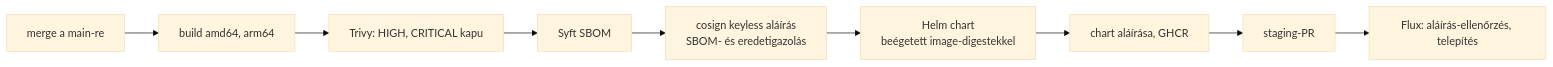
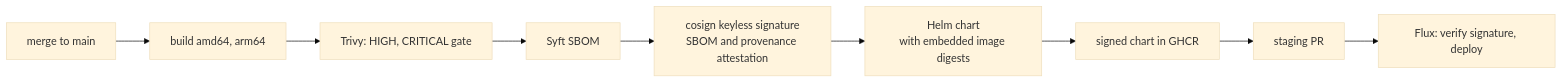
Before and after one commit to ISlothI/open-notebook: the second of 2 diagrams in docs/project-plan.md, drawn with Mermaid (base theme). The commit also changed other lines of this file, not shown here.

````diff
--- a/docs/project-plan.md
+++ b/docs/project-plan.md
@@ -246,11 +249,11 @@
 ```mermaid
 flowchart LR
-  M[merge a main-re] --> B[build amd64, arm64]
-  B --> S[Trivy: HIGH, CRITICAL kapu]
+  M[merge to main] --> B[build amd64, arm64]
+  B --> S[Trivy: HIGH, CRITICAL gate]
   S --> I[Syft SBOM]
-  I --> C[cosign keyless aláírás<br/>SBOM- és eredetigazolás]
-  C --> H[Helm chart<br/>beégetett image-digestekkel]
-  H --> HS[chart aláírása, GHCR]
-  HS --> PR[staging-PR]
-  PR --> F[Flux: aláírás-ellenőrzés, telepítés]
+  I --> C[cosign keyless signature<br/>SBOM and provenance attestation]
+  C --> H[Helm chart<br/>with embedded image digests]
+  H --> HS[signed chart in GHCR]
+  HS --> PR[staging PR]
+  PR --> F[Flux: verify signature, deploy]
 ```
````
